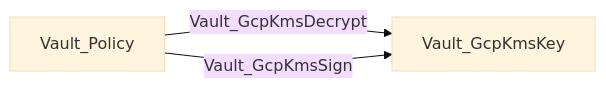
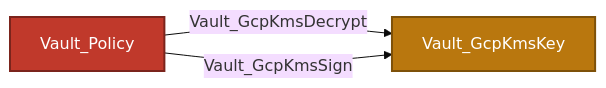
Diagram 13 of 29 in Documentation/stores/MOUNTS.md (bytewreck/opengraph-vault), drawn with Mermaid (base theme) before and after one commit. The commit also changed other lines of this file and 4 other files, not shown here.

````diff
--- a/Documentation/stores/MOUNTS.md
+++ b/Documentation/stores/MOUNTS.md
@@ -376,5 +422,8 @@
 ```mermaid
 flowchart LR
-    policy[Vault_Policy] -->|Vault_GcpKmsDecrypt| key[Vault_GcpKmsKey]
+    policy[Vault_Policy]:::policyNode -->|Vault_GcpKmsDecrypt| key[Vault_GcpKmsKey]:::keyNode
     policy -->|Vault_GcpKmsSign| key
+
+    classDef policyNode fill:#C0392B,color:#fff,stroke:#7B241C,stroke-width:2px
+    classDef keyNode fill:#B9770E,color:#fff,stroke:#7E5109,stroke-width:2px
 ```
````
